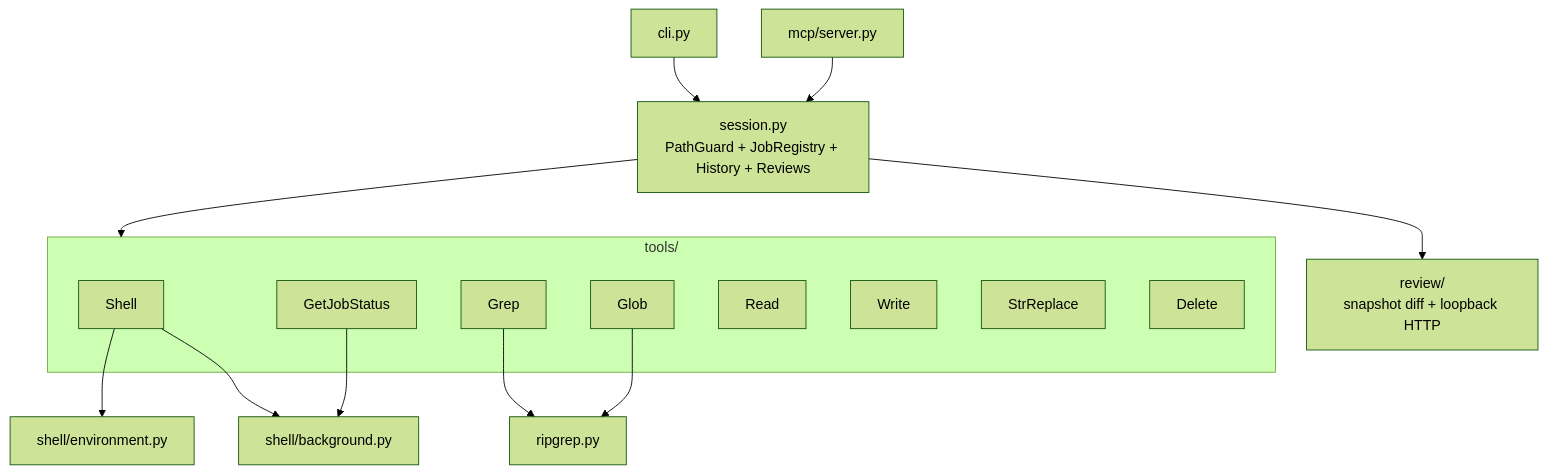
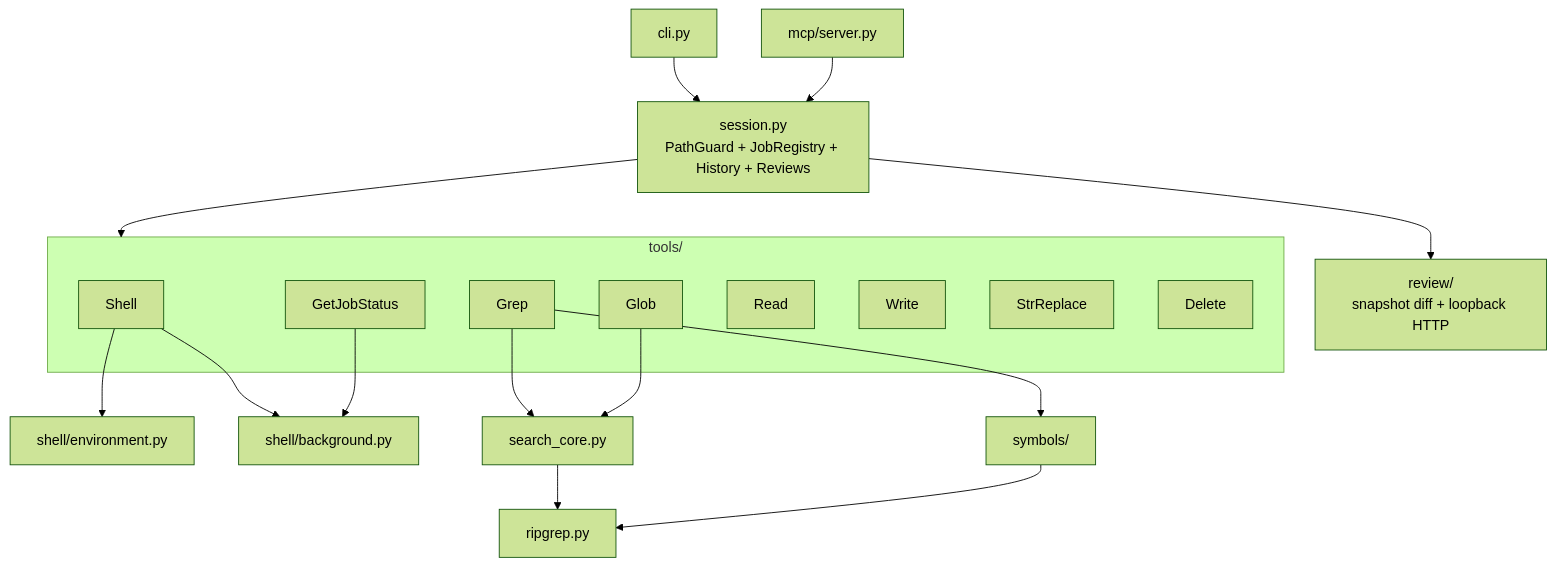
The first of 2 diagrams in docs/architecture.md (nandoripardo888/code-base), drawn with Mermaid (forest theme) before and after one commit. The commit also changed other lines of this file and 27 other files, not shown here.

````diff
--- a/docs/architecture.md
+++ b/docs/architecture.md
@@ -6,22 +6,25 @@
 ```mermaid
 flowchart TB
     CLI[cli.py] --> Session
     MCP[mcp/server.py] --> Session
     Session[session.py<br/>PathGuard + JobRegistry + History + Reviews] --> Tools
     Session --> Review[review/<br/>snapshot diff + loopback HTTP]
     subgraph Tools [tools/]
         Shell
         GetJobStatus
         Grep
         Glob
         Read
         Write
         StrReplace
         Delete
     end
     Shell --> Env[shell/environment.py]
     Shell --> Jobs[shell/background.py]
     GetJobStatus --> Jobs
-    Grep --> RG[ripgrep.py]
-    Glob --> RG
+    Grep --> Core[search_core.py]
+    Glob --> Core
+    Core --> RG[ripgrep.py]
+    Grep --> Symbols[symbols/]
+    Symbols --> RG
 ```
````
